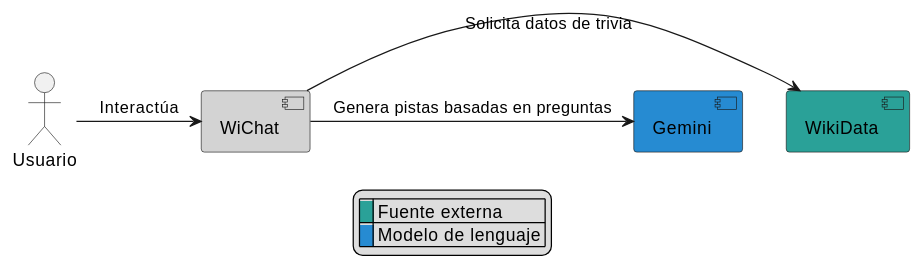
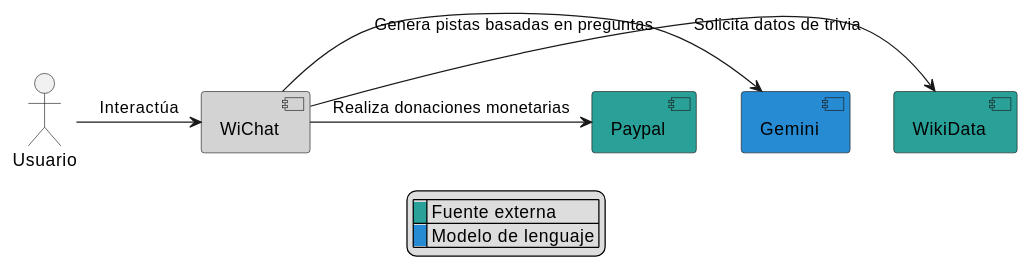
One commit to JavierSanabriaMiranda/wichat_es4a changed the first of 3 diagrams in docs/src/05_building_block_view.adoc. Above: the diagram before and after it, drawn with PlantUML. The commit also changed other lines of this file and 1 other file, not shown here.

```diff
--- a/docs/src/05_building_block_view.adoc
+++ b/docs/src/05_building_block_view.adoc
@@ -44,18 +44,20 @@
 [plantuml,"building_block_view1",png]
 ----
 @startuml
 actor a as "Usuario"
 component w as "WiChat" #LightGray
 component q as "WikiData" #2aa198
 component g as "Gemini" #268bd2
+component p as "Paypal" #2aa198
 
 a -> w: Interactúa
 w -> q: Solicita datos de trivia
 w -> g: Genera pistas basadas en preguntas
+w -> p: Realiza donaciones monetarias
 
 legend
 |<back:#2aa198>   </back>| Fuente externa |
 |<back:#268bd2>   </back>| Modelo de lenguaje |
 endlegend
 @enduml
 ----
```
